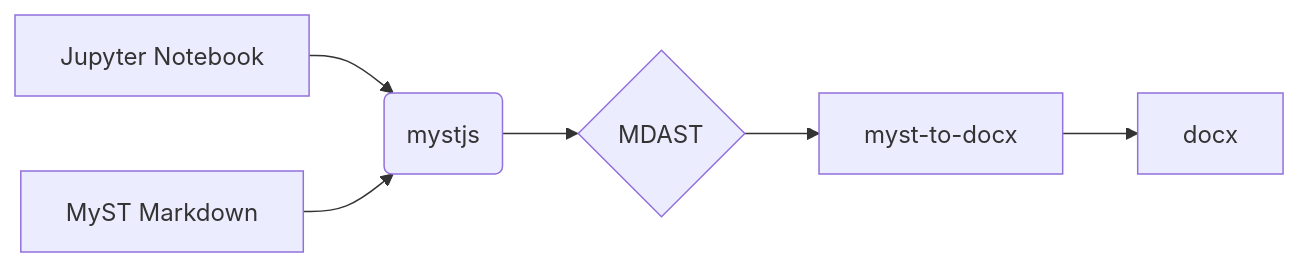
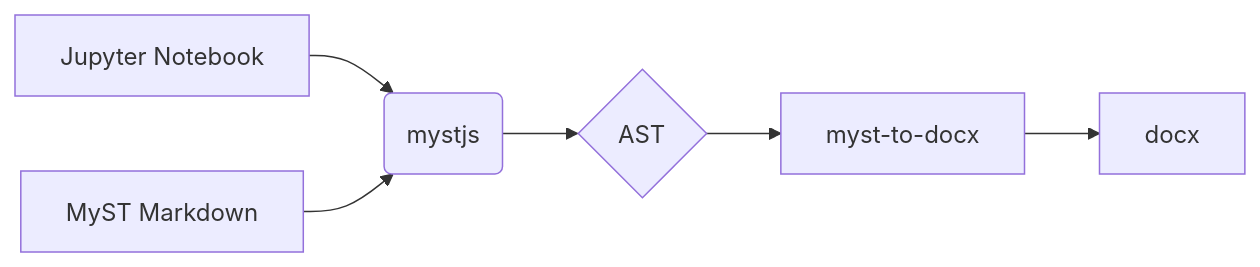
The diagram in docs/creating-word-documents.md (jupyter-book/mystmd), drawn with Mermaid before and after one commit. The commit also changed 15 other files, not shown here.

````diff
--- a/docs/creating-word-documents.md
+++ b/docs/creating-word-documents.md
@@ -78,8 +78,8 @@
 ```{mermaid}
 flowchart LR
   A[Jupyter Notebook] --> C
   B[MyST Markdown] --> C
-  C(mystjs) --> D{MDAST}
+  C(mystjs) --> D{AST}
   D --> E[myst-to-docx]
   E --> G[docx]
 ```
````
